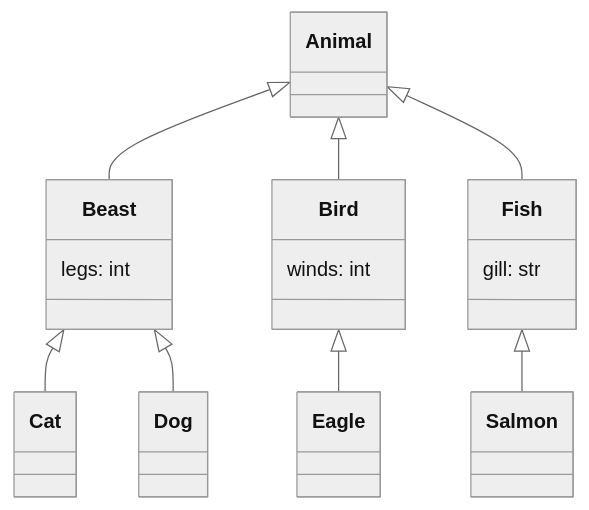
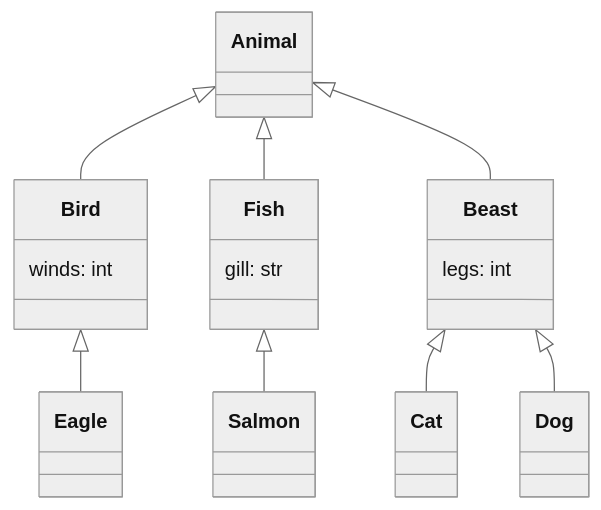
One commit to EricWebsmith/pydantic-2-mermaid changed the diagram in examples/animals.md. Above: the diagram before and after it, drawn with Mermaid (neutral theme). The commit also changed other lines of this file and 12 other files, not shown here.

````diff
--- a/examples/animals.md
+++ b/examples/animals.md
@@ -1,38 +1,38 @@
 ```mermaid
 classDiagram
     class Animal {
     }
 
     class Fish {
         gill: str
     }
 
     class Beast {
         legs: int
     }
 
     class Bird {
         winds: int
     }
 
     class Dog {
     }
 
     class Cat {
     }
 
     class Salmon {
     }
 
     class Eagle {
     }
 
 
-    Animal <|-- Beast
     Animal <|-- Bird
     Animal <|-- Fish
+    Animal <|-- Beast
     Beast <|-- Cat
     Beast <|-- Dog
     Fish <|-- Salmon
     Bird <|-- Eagle
 ```
````
